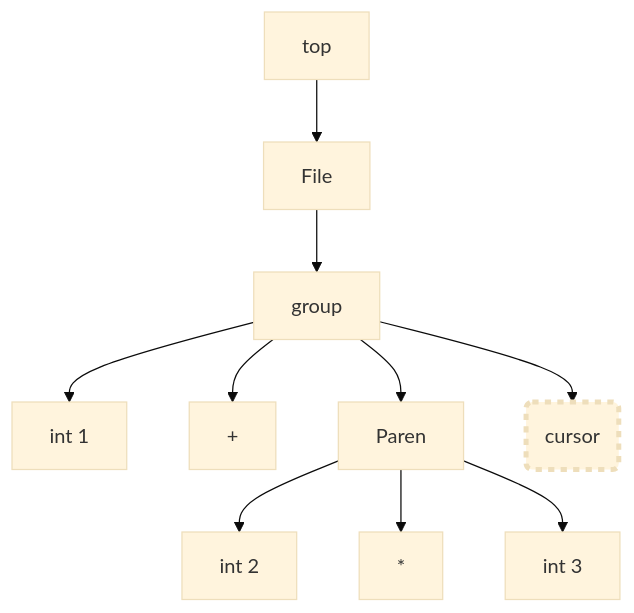
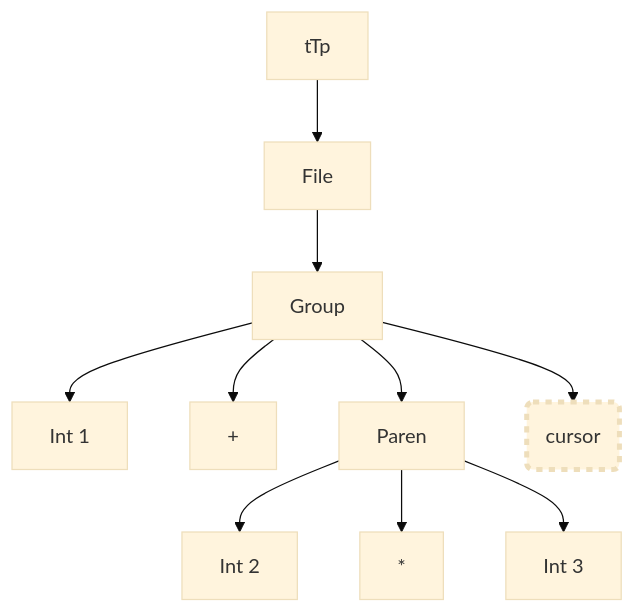
One commit to microsoft/Trieste changed diagram 14 of 27 in samples/infix/README.md. Above: the diagram before and after it, drawn with Mermaid (base theme). The commit also changed other lines of this file and 1 other file, not shown here.

````diff
--- a/samples/infix/README.md
+++ b/samples/infix/README.md
@@ -484,13 +545,13 @@
 ``` mermaid
 graph TD;
-  A[top]-->B[File]
-  B-->C[group]
-  C-->D[int 1]
+  A[tTp]-->B[File]
+  B-->C[Group]
+  C-->D[Int 1]
   C-->E[+]
   C-->F[Paren]
-  F-->G[int 2]
+  F-->G[Int 2]
   F-->H[*]
-  F-->I[int 3]
+  F-->I[Int 3]
   C-->J(cursor):::cursor
   classDef cursor stroke-width:4px,stroke-dasharray:5 5;
 ```
````
